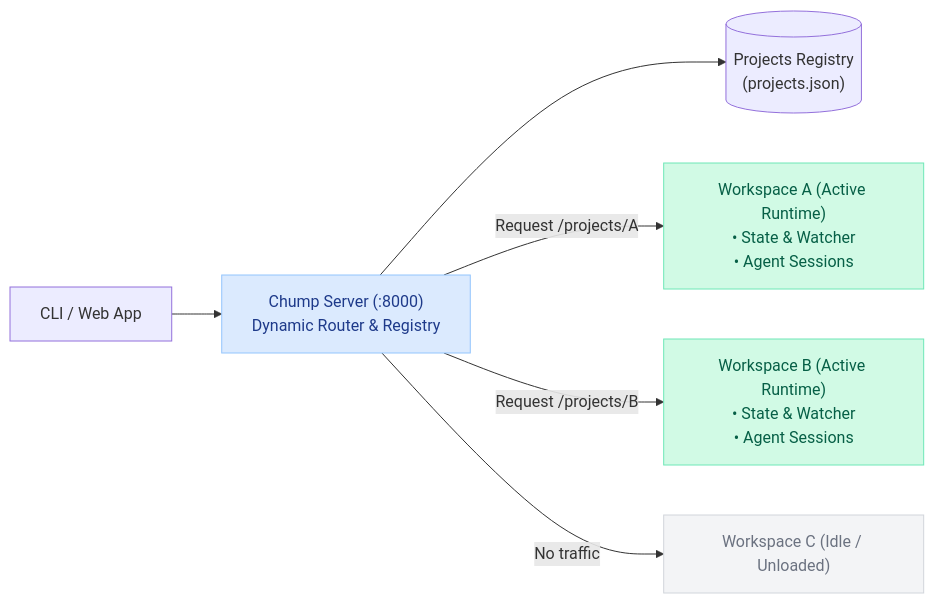
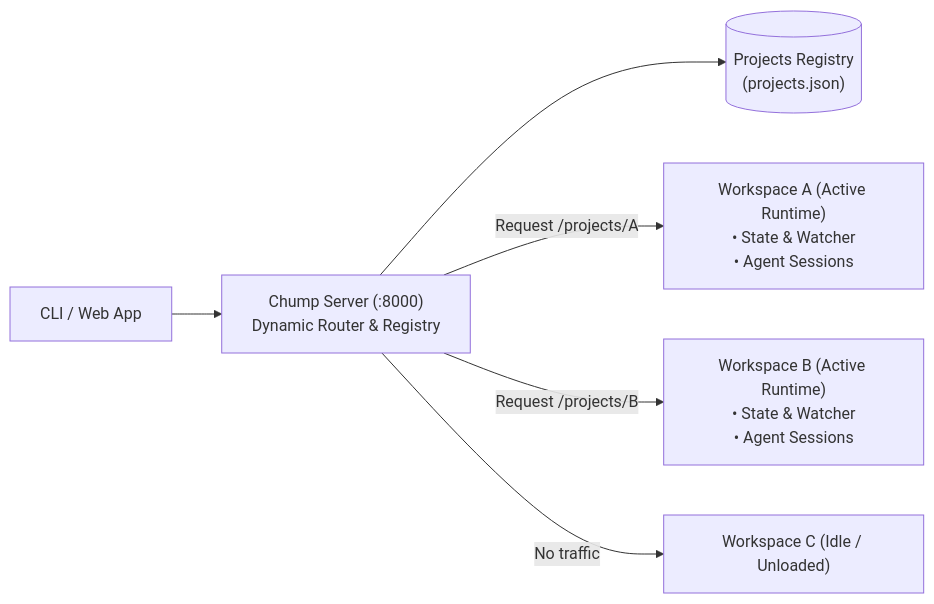
Before and after one commit to Abdulmumin1/yaqeen.me: the second of 2 diagrams in src/routes/blog/posts/the-perfect-agent-architecture.md, drawn with Mermaid. The commit also changed other lines of this file and 33 other files, not shown here.

Commit message:
Refine typography and diagram styling

````diff
--- a/src/routes/blog/posts/the-perfect-agent-architecture.md
+++ b/src/routes/blog/posts/the-perfect-agent-architecture.md
@@ -62,14 +60,13 @@
 ```mermaid
 flowchart LR
     Client["CLI / Web App"] --> Router["Chump Server (:8000)\nDynamic Router & Registry"]
 
     Router --> Reg[("Projects Registry\n(projects.json)")]
     Router -->|"Request /projects/A"| WA["Workspace A (Active Runtime)\n• State & Watcher\n• Agent Sessions"]
     Router -->|"Request /projects/B"| WB["Workspace B (Active Runtime)\n• State & Watcher\n• Agent Sessions"]
     Router -->|"No traffic"| WC["Workspace C (Idle / Unloaded)"]
 
-    style Router fill:#dbeafe,stroke:#93c5fd,color:#1e3a8a
-    style WA fill:#d1fae5,stroke:#6ee7b7,color:#065f46
-    style WB fill:#d1fae5,stroke:#6ee7b7,color:#065f46
-    style WC fill:#f3f4f6,stroke:#d1d5db,color:#6b7280
+    class Router control
+    class WA,WB active
+    class WC muted
 ```
````
